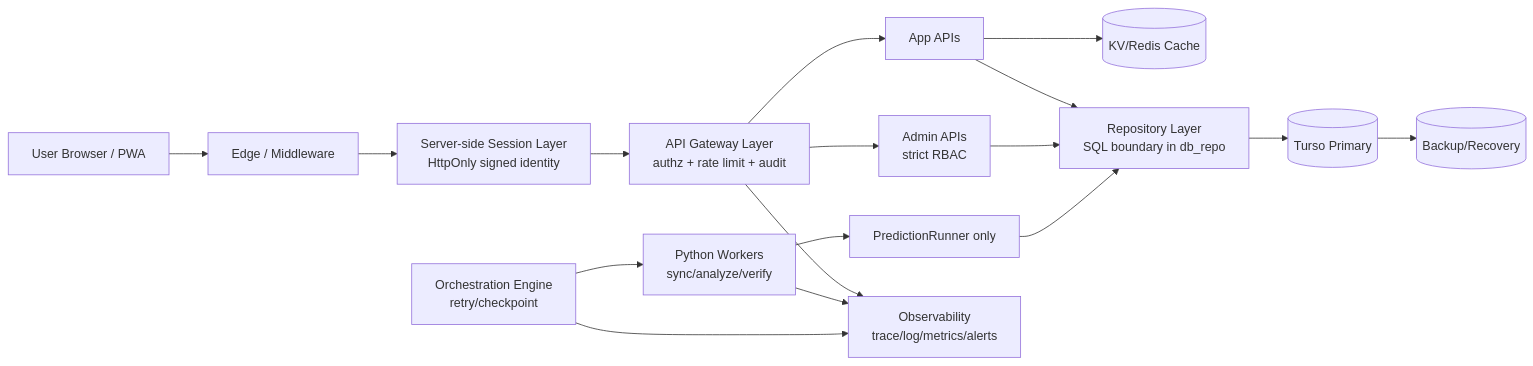
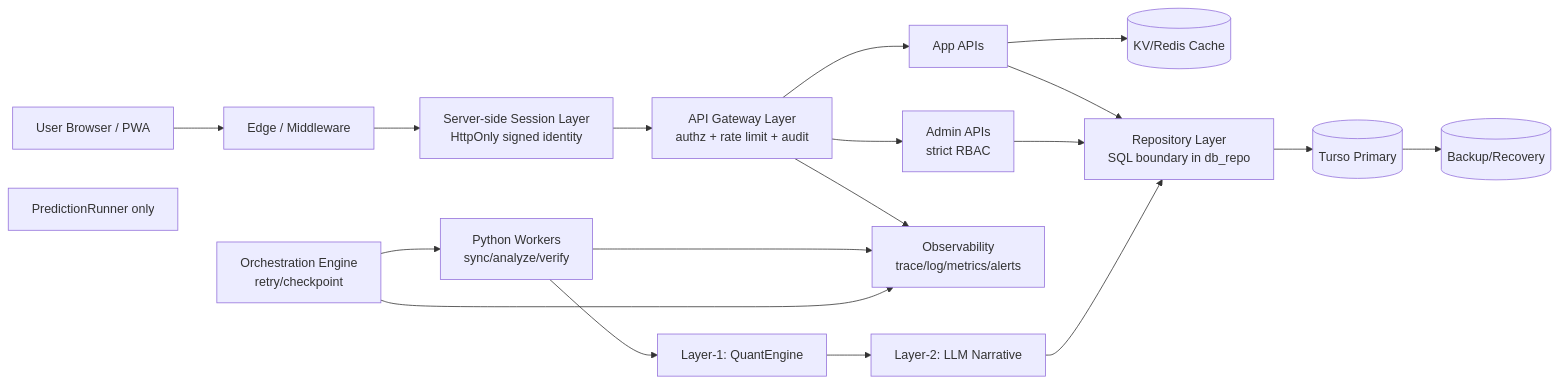
One commit to franksunye/stockwise changed the second of 2 diagrams in docs/1_Engineering/10_Architecture.md. Above: the diagram before and after it, drawn with Mermaid. The commit also changed other lines of this file and 6 other files, not shown here.

Commit message:
docs: formalize Dual-Layer architecture and B2C Copilot/Trojan Horse strategy

````diff
--- a/docs/1_Engineering/10_Architecture.md
+++ b/docs/1_Engineering/10_Architecture.md
@@ -257,34 +258,35 @@
 ```mermaid
 flowchart LR
     U[User Browser / PWA]
     EDGE[Edge / Middleware]
     SESSION[Server-side Session Layer<br/>HttpOnly signed identity]
     API[API Gateway Layer<br/>authz + rate limit + audit]
     ADMIN[Admin APIs<br/>strict RBAC]
     APPAPI[App APIs]
     CACHE[(KV/Redis Cache)]
     REPO[Repository Layer<br/>SQL boundary in db_repo]
     TURSO[(Turso Primary)]
     BAK[(Backup/Recovery)]
     ORCH[Orchestration Engine<br/>retry/checkpoint]
     WORKER[Python Workers<br/>sync/analyze/verify]
     AI[PredictionRunner only]
     OBS[Observability<br/>trace/log/metrics/alerts]
 
     U --> EDGE --> SESSION --> API
     API --> APPAPI
     API --> ADMIN
     APPAPI --> CACHE
     APPAPI --> REPO
     ADMIN --> REPO
     REPO --> TURSO
     TURSO --> BAK
 
     ORCH --> WORKER
-    WORKER --> AI
-    AI --> REPO
+    WORKER --> QUANT[Layer-1: QuantEngine]
+    QUANT --> LLM[Layer-2: LLM Narrative]
+    LLM --> REPO
 
     API --> OBS
     WORKER --> OBS
     ORCH --> OBS
 ```
````
